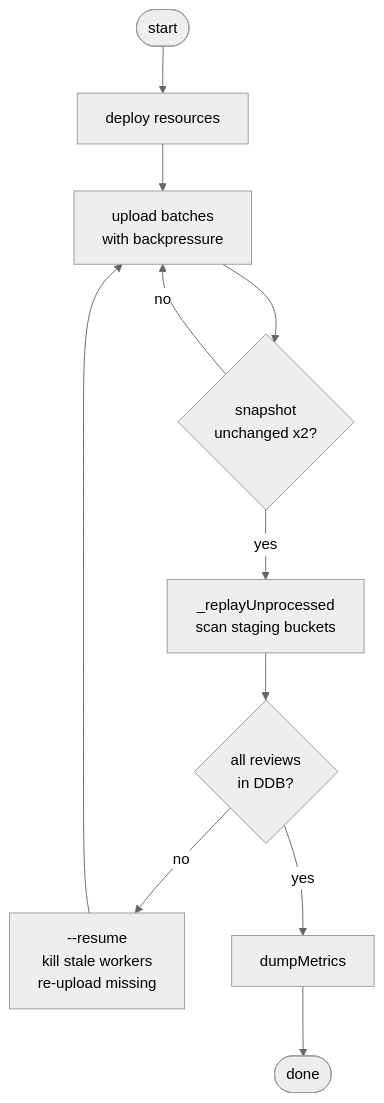
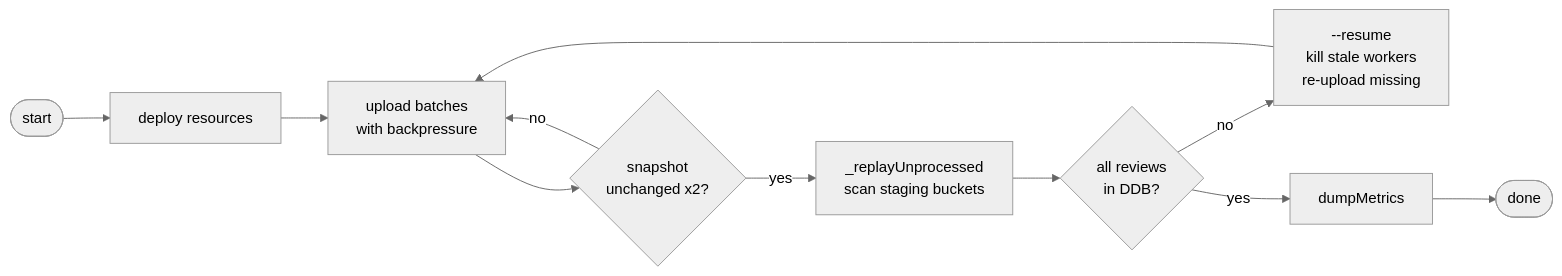
The second of 2 diagrams in Task3/report/report.md (eetomilin-ops/Data-intensive-Computing-2026), drawn with Mermaid (neutral theme) before and after one commit. The commit also changed other lines of this file, not shown here.

````diff
--- a/Task3/report/report.md
+++ b/Task3/report/report.md
@@ -168,13 +169,13 @@
 ```mermaid
-flowchart TD
+flowchart LR
     S([start]) --> DEPLOY[deploy resources]
     DEPLOY --> RUN[upload batches<br/>with backpressure]
     RUN --> CONVERGE{snapshot<br/>unchanged x2?}
     CONVERGE -->|no| RUN
     CONVERGE -->|yes| REPLAY[_replayUnprocessed<br/>scan staging buckets]
     REPLAY --> CHECK{all reviews<br/>in DDB?}
     CHECK -->|no| RESUME[--resume<br/>kill stale workers<br/>re-upload missing]
     RESUME --> RUN
     CHECK -->|yes| METRICS[dumpMetrics]
     METRICS --> E([done])
 ```
````
